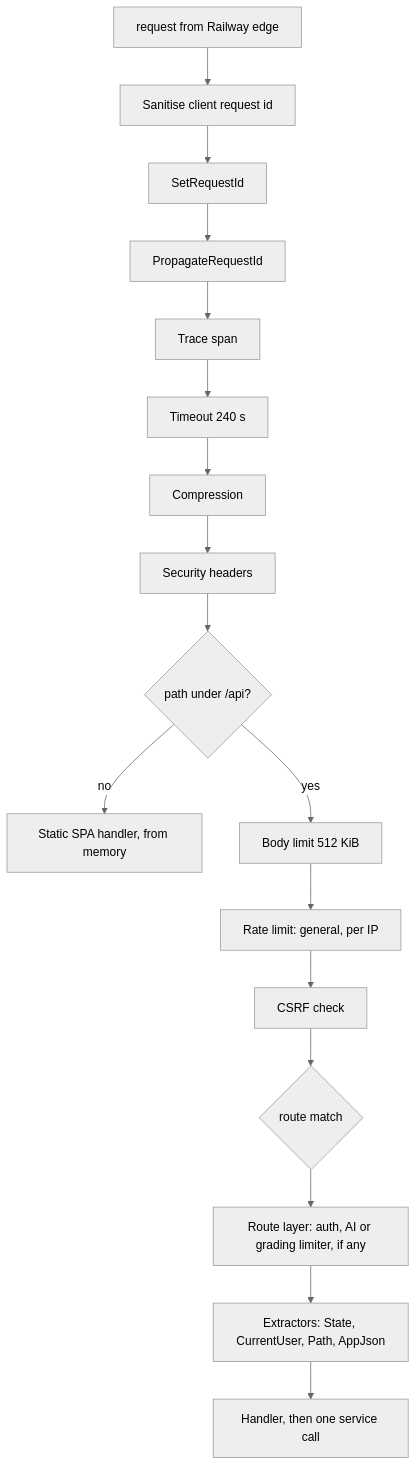
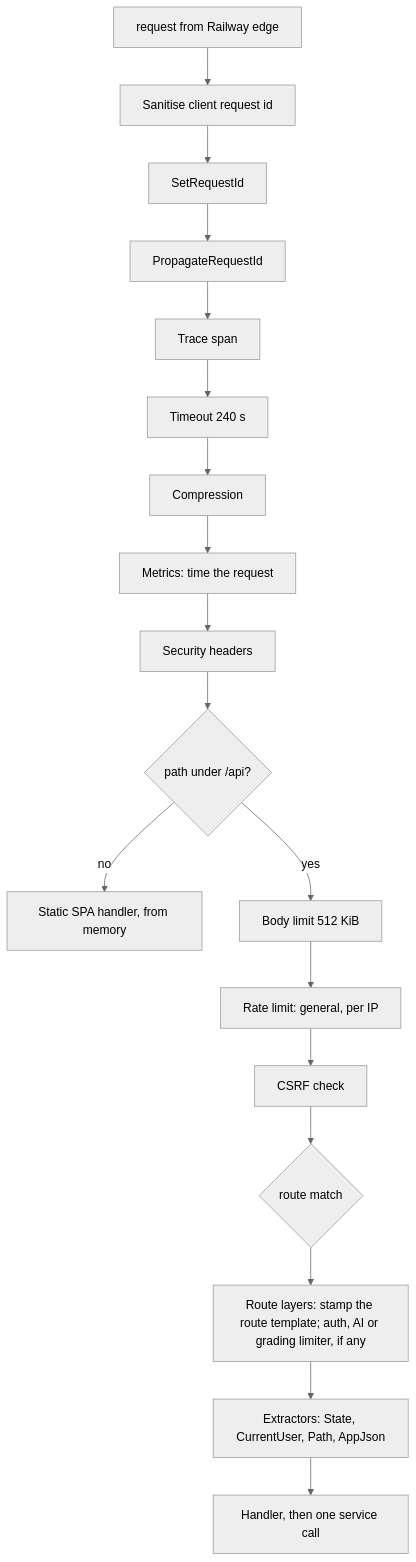
The first of 2 diagrams in content/tracks/14-case-study-ascend/01-the-system/02-anatomy-of-a-request.md (thull32/ascend), drawn with Mermaid (neutral theme) before and after one commit. The commit also changed other lines of this file and 27 other files, not shown here.

````diff
--- a/content/tracks/14-case-study-ascend/01-the-system/02-anatomy-of-a-request.md
+++ b/content/tracks/14-case-study-ascend/01-the-system/02-anatomy-of-a-request.md
@@ -84,19 +86,20 @@
 ```mermaid
 flowchart TD
   RQ["request from Railway edge"] --> SN["Sanitise client request id"]
   SN --> SR["SetRequestId"]
   SR --> PR["PropagateRequestId"]
   PR --> TR["Trace span"]
   TR --> TO["Timeout 240 s"]
   TO --> CO["Compression"]
-  CO --> SH["Security headers"]
+  CO --> MR["Metrics: time the request"]
+  MR --> SH["Security headers"]
   SH --> P{"path under /api?"}
   P -->|no| SPA["Static SPA handler, from memory"]
   P -->|yes| BL["Body limit 512 KiB"]
   BL --> RL["Rate limit: general, per IP"]
   RL --> CS["CSRF check"]
   CS --> RT{"route match"}
-  RT --> RLR["Route layer: auth, AI or grading limiter, if any"]
+  RT --> RLR["Route layers: stamp the route template; auth, AI or grading limiter, if any"]
   RLR --> EX["Extractors: State, CurrentUser, Path, AppJson"]
   EX --> H["Handler, then one service call"]
 ```
````
